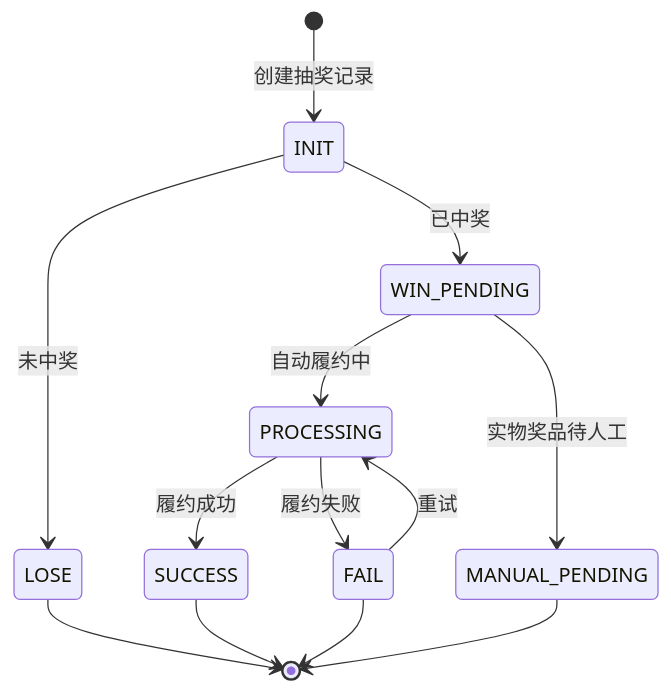
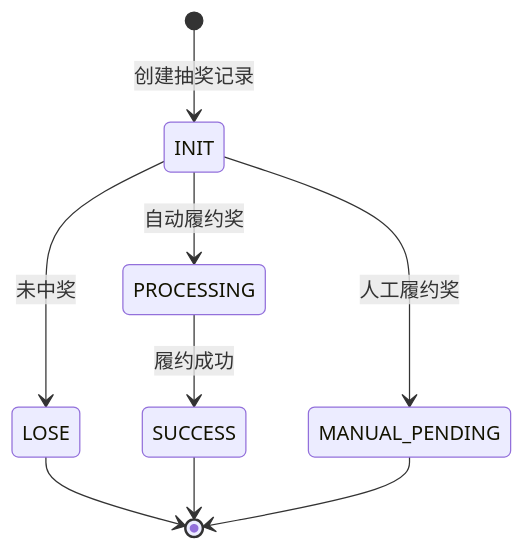
Before and after one commit to yikolemon/mgm-test: the fifth of 5 diagrams in 世界杯技术文档.md, drawn with Mermaid. The commit also changed other lines of this file, not shown here.

````diff
--- a/世界杯技术文档.md
+++ b/世界杯技术文档.md
@@ -322,15 +493,11 @@
 ```mermaid
 stateDiagram-v2
   [*] --> INIT: 创建抽奖记录
   INIT --> LOSE: 未中奖
-  INIT --> WIN_PENDING: 已中奖
-  WIN_PENDING --> PROCESSING: 自动履约中
-  WIN_PENDING --> MANUAL_PENDING: 实物奖品待人工
+  INIT --> PROCESSING: 自动履约奖
+  INIT --> MANUAL_PENDING: 人工履约奖
   PROCESSING --> SUCCESS: 履约成功
-  PROCESSING --> FAIL: 履约失败
-  FAIL --> PROCESSING: 重试
   LOSE --> [*]
   SUCCESS --> [*]
   MANUAL_PENDING --> [*]
-  FAIL --> [*]
 ```
````
